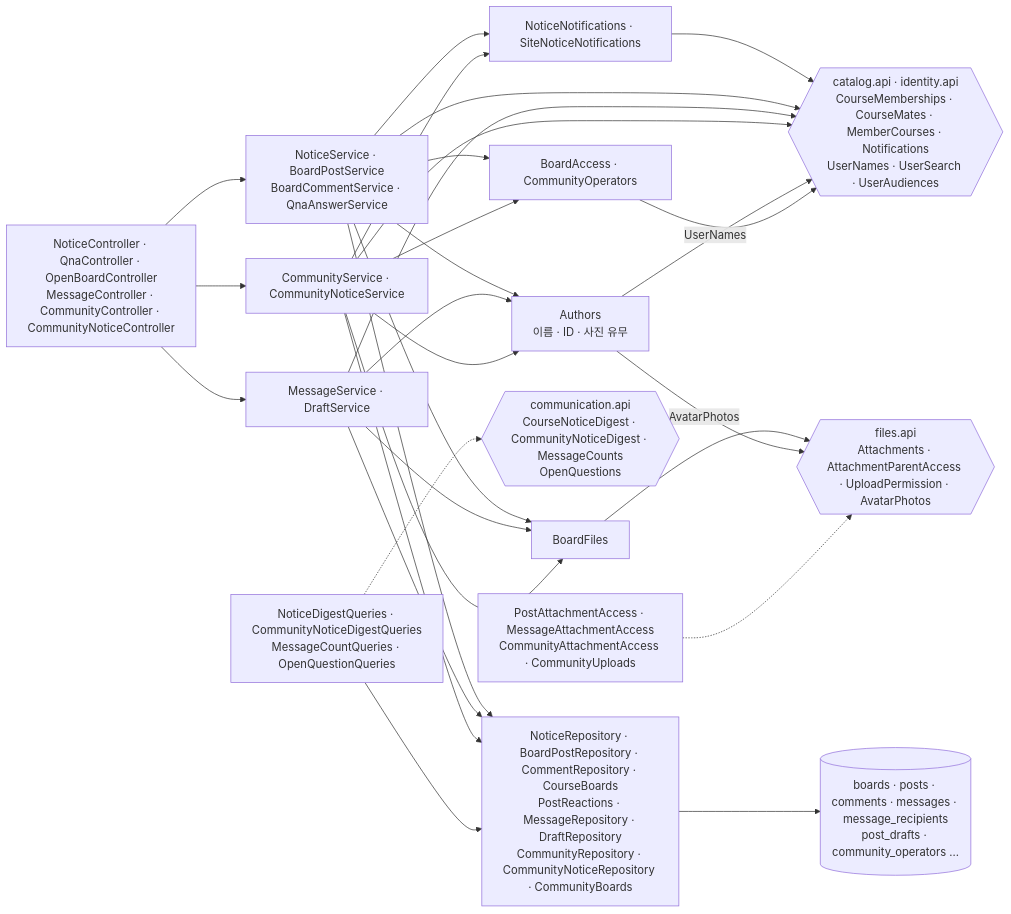
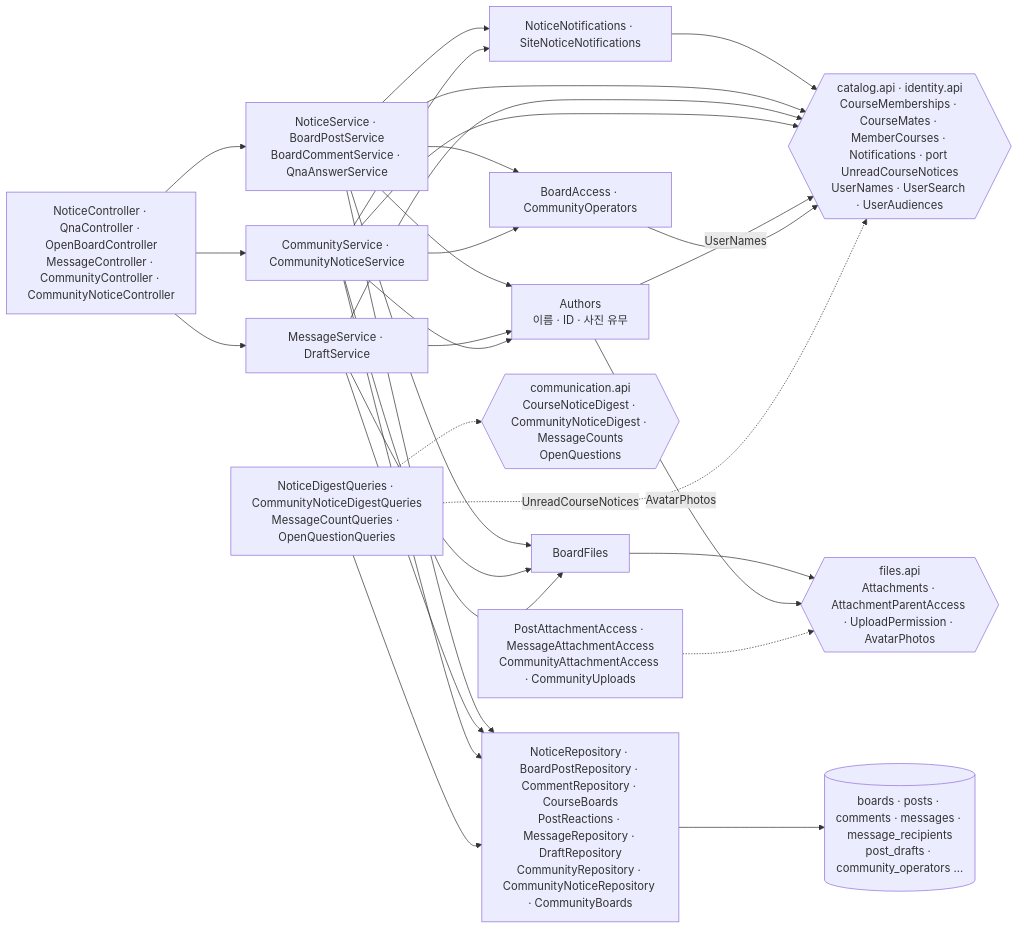
Before and after one commit to 2026ENDPoinT/team13: the tenth of 18 diagrams in backend/docs/c4.md, drawn with Mermaid. The commit also changed other lines of this file and 5 other files, not shown here.

````diff
--- a/backend/docs/c4.md
+++ b/backend/docs/c4.md
@@ -403,32 +404,33 @@
 ```mermaid
 flowchart LR
   C["NoticeController · QnaController · OpenBoardController<br/>MessageController · CommunityController · CommunityNoticeController"]
   ACC["BoardAccess · CommunityOperators"]
   SB["NoticeService · BoardPostService<br/>BoardCommentService · QnaAnswerService"]
   SM["MessageService · DraftService"]
   SC["CommunityService · CommunityNoticeService"]
   N["NoticeNotifications · SiteNoticeNotifications"]
   BF["BoardFiles"]
   AU["Authors<br/>이름 · ID · 사진 유무"]
   R["NoticeRepository · BoardPostRepository · CommentRepository · CourseBoards<br/>PostReactions · MessageRepository · DraftRepository<br/>CommunityRepository · CommunityNoticeRepository · CommunityBoards"]
   IMPL["NoticeDigestQueries · CommunityNoticeDigestQueries<br/>MessageCountQueries · OpenQuestionQueries"]
   PIMPL["PostAttachmentAccess · MessageAttachmentAccess<br/>CommunityAttachmentAccess · CommunityUploads"]
   API{{"communication.api<br/>CourseNoticeDigest · CommunityNoticeDigest · MessageCounts<br/>OpenQuestions"}}
-  OAPI{{"catalog.api · identity.api<br/>CourseMemberships · CourseMates · MemberCourses · Notifications<br/>UserNames · UserSearch · UserAudiences"}}
+  OAPI{{"catalog.api · identity.api<br/>CourseMemberships · CourseMates · MemberCourses · Notifications · port UnreadCourseNotices<br/>UserNames · UserSearch · UserAudiences"}}
   FAPI{{"files.api<br/>Attachments · AttachmentParentAccess · UploadPermission · AvatarPhotos"}}
   DB[("boards · posts · comments · messages · message_recipients<br/>post_drafts · community_operators ...")]
   C --> SB & SM & SC
   SB & SC --> ACC
   SB & SC --> N --> OAPI
   SB & SM & SC --> BF --> FAPI
   SB & SM & SC --> R
   SB & SM & SC --> OAPI
   SB & SM & SC --> AU
   AU -->|"UserNames"| OAPI
   AU -->|"AvatarPhotos"| FAPI
   ACC --> OAPI
   IMPL --> R
   IMPL -.-> API
+  IMPL -.->|"UnreadCourseNotices"| OAPI
   PIMPL -.-> FAPI
   R --> DB
 ```
````
